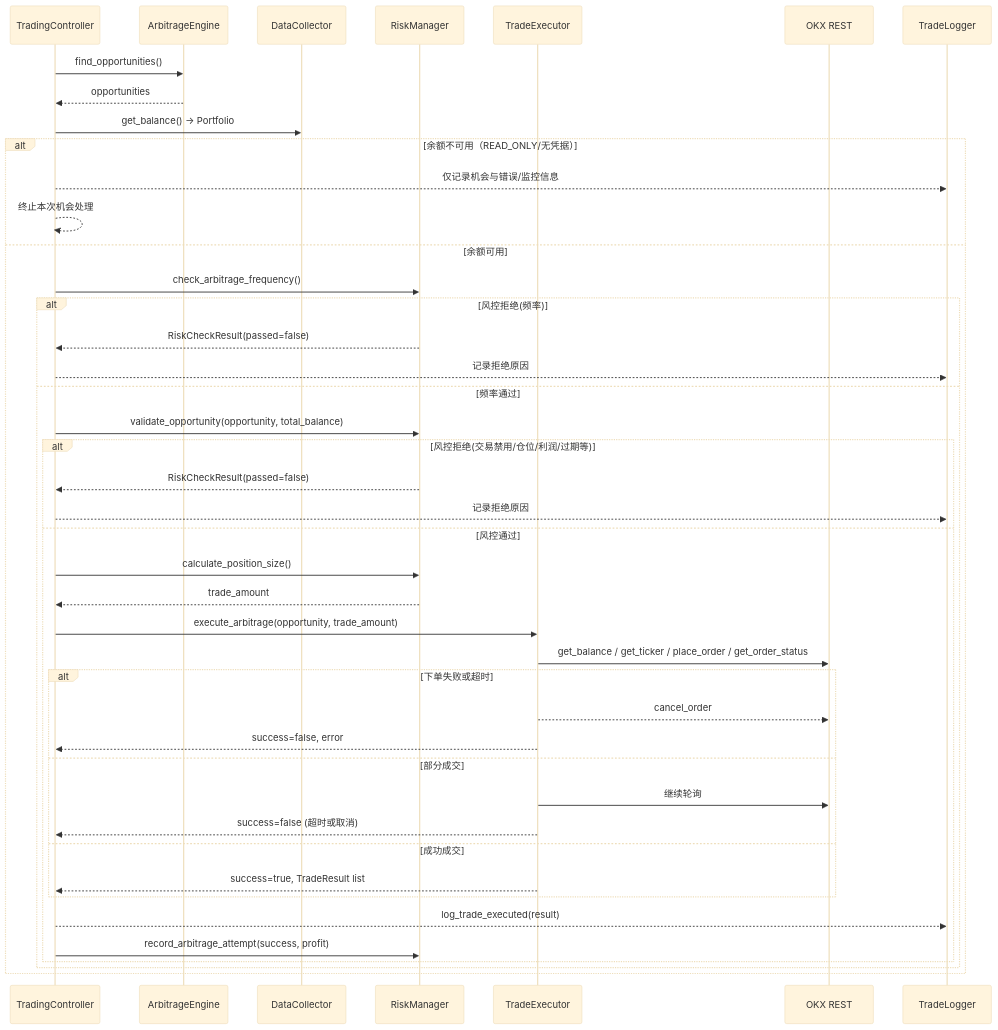
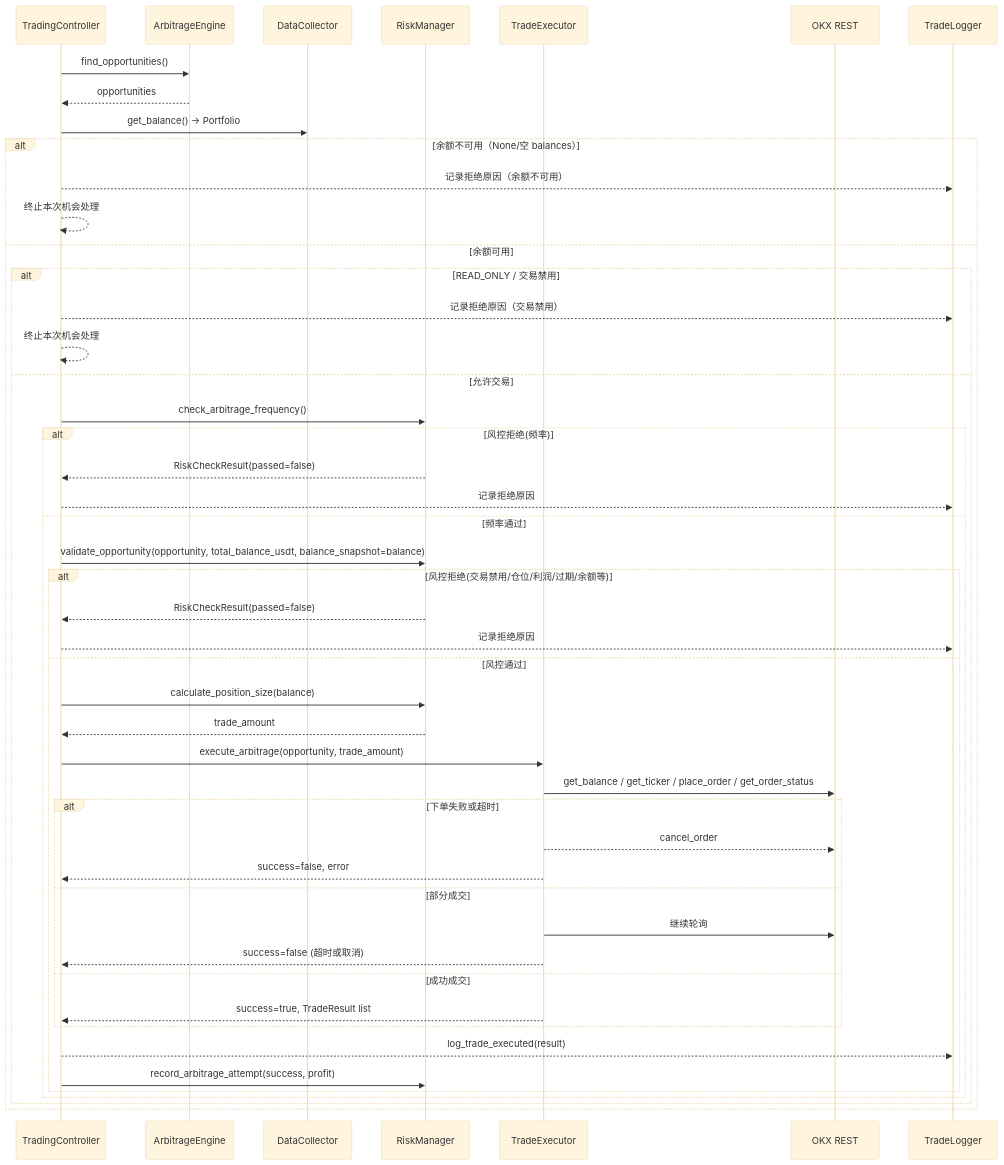
Before and after one commit to ZefanHu/triangular-arbitrage-bot: the second of 3 diagrams in docs/flows.md, drawn with Mermaid (base theme). The commit also changed other lines of this file and 2 other files, not shown here.

Commit message:
Docs: sync PR-01/02/03 behaviors

````diff
--- a/docs/flows.md
+++ b/docs/flows.md
@@ -44,46 +44,51 @@
 ```mermaid
 sequenceDiagram
     participant TC as TradingController
     participant AE as ArbitrageEngine
     participant DC as DataCollector
     participant RM as RiskManager
     participant TE as TradeExecutor
     participant OKX as OKX REST
     participant TL as TradeLogger
 
     TC->>AE: find_opportunities()
     AE-->>TC: opportunities
     TC->>DC: get_balance() -> Portfolio
-    alt 余额不可用（READ_ONLY/无凭据）
-        TC-->>TL: 仅记录机会与错误/监控信息
+    alt 余额不可用（None/空 balances）
+        TC-->>TL: 记录拒绝原因（余额不可用）
         TC-->>TC: 终止本次机会处理
     else 余额可用
-        TC->>RM: check_arbitrage_frequency()
-        alt 风控拒绝(频率)
-            RM-->>TC: RiskCheckResult(passed=false)
-            TC-->>TL: 记录拒绝原因
-        else 频率通过
-            TC->>RM: validate_opportunity(opportunity, total_balance)
-            alt 风控拒绝(交易禁用/仓位/利润/过期等)
+        alt READ_ONLY / 交易禁用
+            TC-->>TL: 记录拒绝原因（交易禁用）
+            TC-->>TC: 终止本次机会处理
+        else 允许交易
+            TC->>RM: check_arbitrage_frequency()
+            alt 风控拒绝(频率)
                 RM-->>TC: RiskCheckResult(passed=false)
                 TC-->>TL: 记录拒绝原因
-            else 风控通过
-                TC->>RM: calculate_position_size()
-                RM-->>TC: trade_amount
-                TC->>TE: execute_arbitrage(opportunity, trade_amount)
-                TE->>OKX: get_balance / get_ticker / place_order / get_order_status
-                alt 下单失败或超时
-                    TE-->>OKX: cancel_order
-                    TE-->>TC: success=false, error
-                else 部分成交
-                    TE->>OKX: 继续轮询
-                    TE-->>TC: success=false (超时或取消)
-                else 成功成交
-                    TE-->>TC: success=true, TradeResult list
+            else 频率通过
+                TC->>RM: validate_opportunity(opportunity, total_balance_usdt, balance_snapshot=balance)
+                alt 风控拒绝(交易禁用/仓位/利润/过期/余额等)
+                    RM-->>TC: RiskCheckResult(passed=false)
+                    TC-->>TL: 记录拒绝原因
+                else 风控通过
+                    TC->>RM: calculate_position_size(balance)
+                    RM-->>TC: trade_amount
+                    TC->>TE: execute_arbitrage(opportunity, trade_amount)
+                    TE->>OKX: get_balance / get_ticker / place_order / get_order_status
+                    alt 下单失败或超时
+                        TE-->>OKX: cancel_order
+                        TE-->>TC: success=false, error
+                    else 部分成交
+                        TE->>OKX: 继续轮询
+                        TE-->>TC: success=false (超时或取消)
+                    else 成功成交
+                        TE-->>TC: success=true, TradeResult list
+                    end
+                    TC-->>TL: log_trade_executed(result)
+                    TC->>RM: record_arbitrage_attempt(success, profit)
                 end
-                TC-->>TL: log_trade_executed(result)
-                TC->>RM: record_arbitrage_attempt(success, profit)
             end
         end
     end
 ```
````
